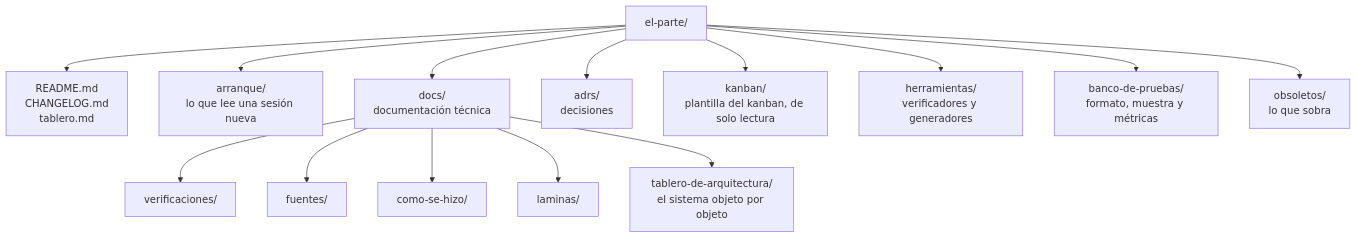
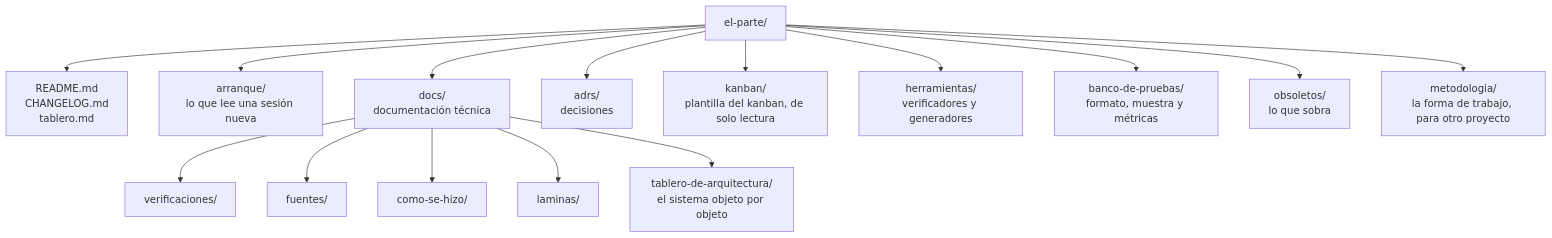
One commit to andresdiegolanda/el-parte changed the diagram in arranque/mapa.md. Above: the diagram before and after it, drawn with Mermaid. The commit also changed other lines of this file and 23 other files, not shown here.

First line of the commit message:
La metodología, separada para usarla en otro proyecto (T46)

````diff
--- a/arranque/mapa.md
+++ b/arranque/mapa.md
@@ -5,16 +5,17 @@
 ```mermaid
 flowchart TD
     R[el-parte/] --> RM[README.md<br/>CHANGELOG.md<br/>tablero.md]
     R --> AR[arranque/<br/>lo que lee una sesión nueva]
     R --> DO[docs/<br/>documentación técnica]
     R --> AD[adrs/<br/>decisiones]
     R --> KA[kanban/<br/>plantilla del kanban, de solo lectura]
     R --> HE[herramientas/<br/>verificadores y generadores]
     R --> BP[banco-de-pruebas/<br/>formato, muestra y métricas]
     R --> OB[obsoletos/<br/>lo que sobra]
+    R --> ME[metodologia/<br/>la forma de trabajo, para otro proyecto]
     DO --> DV[verificaciones/]
     DO --> DF[fuentes/]
     DO --> DC[como-se-hizo/]
     DO --> DL[laminas/]
     DO --> DT[tablero-de-arquitectura/<br/>el sistema objeto por objeto]
 ```
````
